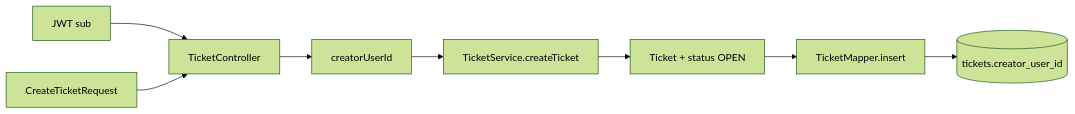
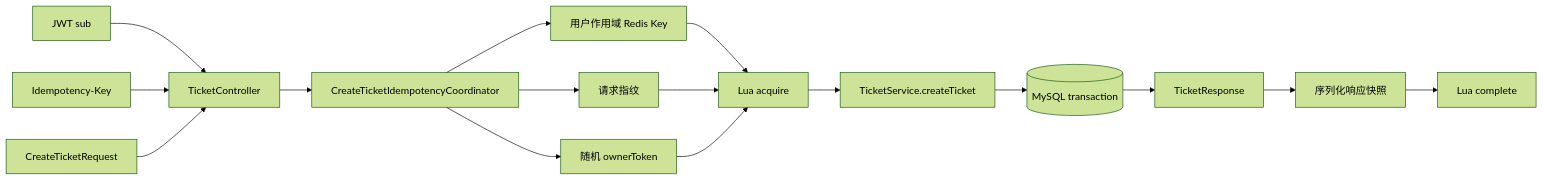
The fourth of 8 diagrams in docs/project_architecture.md (zc2777038647/ai-ticket-platform), drawn with Mermaid (forest theme) before and after one commit. The commit also changed other lines of this file and 9 other files, not shown here.

Commit message:
docs: document Redis rate limiting and idempotency

````diff
--- a/docs/project_architecture.md
+++ b/docs/project_architecture.md
@@ -68,10 +76,18 @@
 ```mermaid
 flowchart LR
     JWT["JWT sub"] --> Controller["TicketController"]
-    Controller --> CreatorId["creatorUserId"]
+    Header["Idempotency-Key"] --> Controller
     Request["CreateTicketRequest"] --> Controller
-    CreatorId --> Service["TicketService.createTicket"]
-    Service --> Ticket["Ticket + status OPEN"]
-    Ticket --> Mapper["TicketMapper.insert"]
-    Mapper --> DB[("tickets.creator_user_id")]
+    Controller --> Coordinator["CreateTicketIdempotencyCoordinator"]
+    Coordinator --> Scope["用户作用域 Redis Key"]
+    Coordinator --> Fingerprint["请求指纹"]
+    Coordinator --> Owner["随机 ownerToken"]
+    Scope --> Acquire["Lua acquire"]
+    Fingerprint --> Acquire
+    Owner --> Acquire
+    Acquire --> Service["TicketService.createTicket"]
+    Service --> DB[("MySQL transaction")]
+    DB --> Response["TicketResponse"]
+    Response --> Serialize["序列化响应快照"]
+    Serialize --> Complete["Lua complete"]
 ```
````
